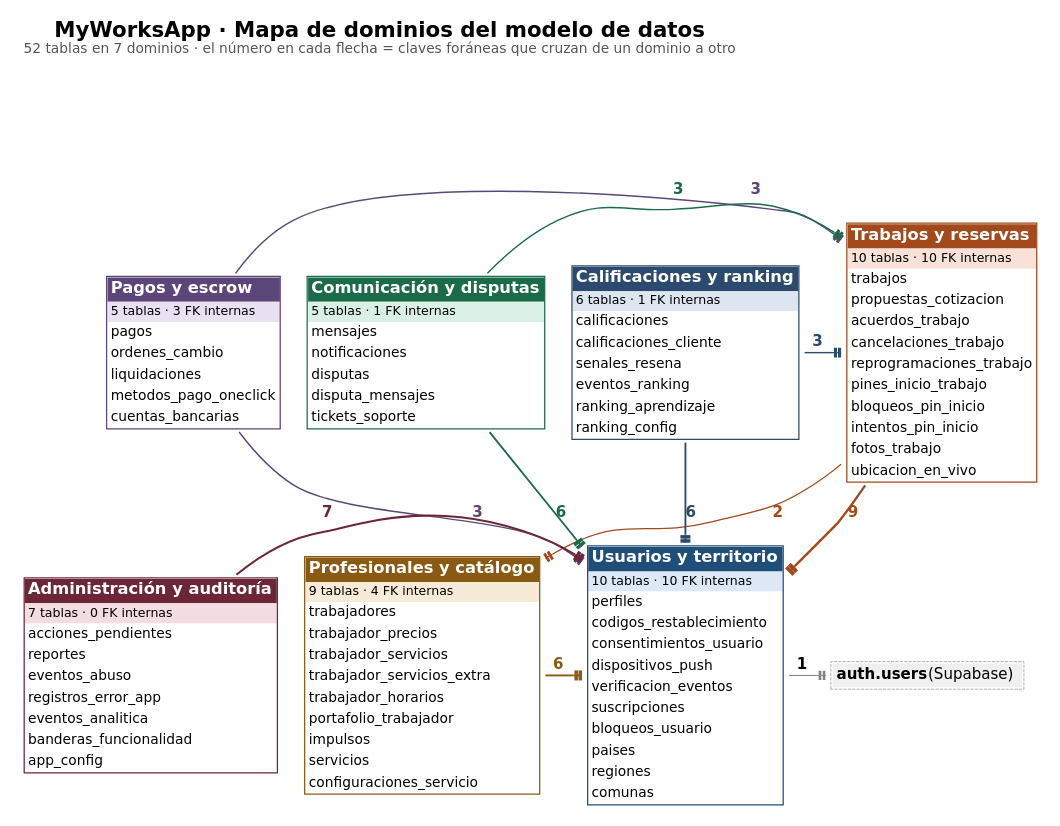
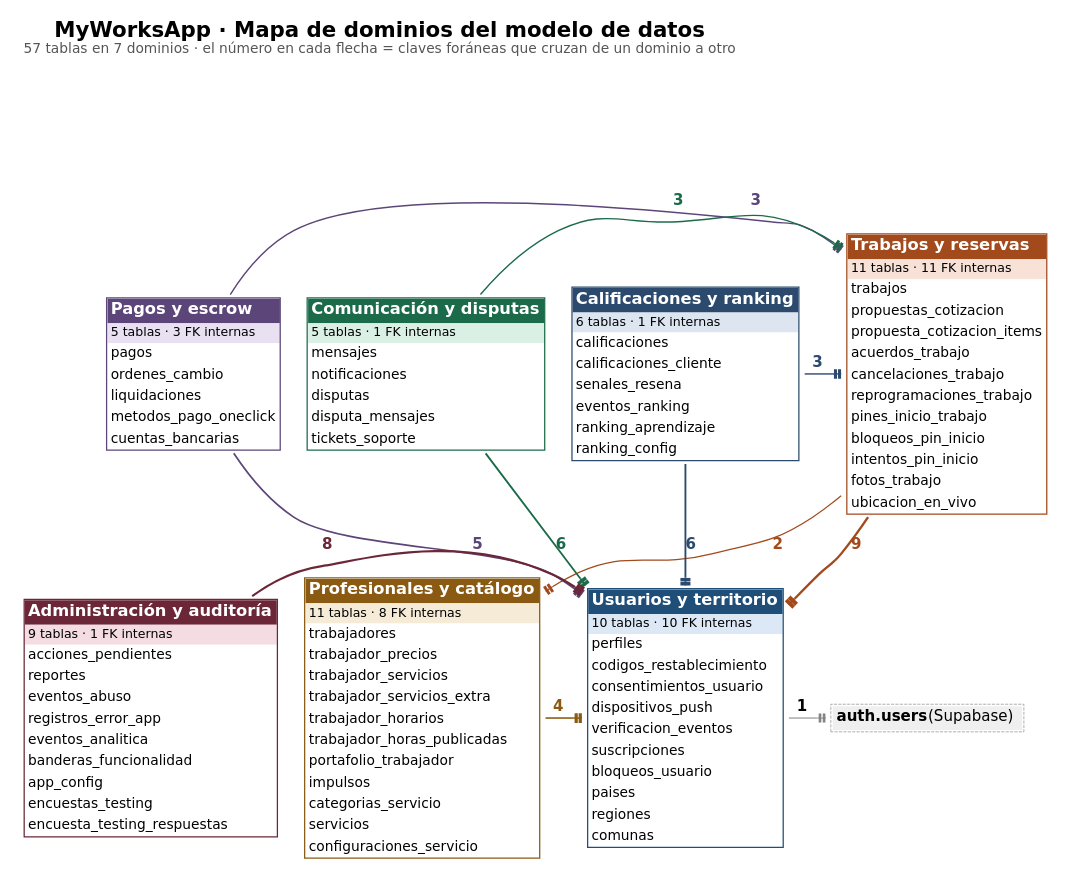
The diagram in Fase 2/modelo_entidad_relacion/fuentes/er_00_dominios.dot (MathiasAlejandr0/MyWorksAppProyect), drawn with Graphviz before and after one commit. The commit also changed 66 other files, not shown here.

First line of the commit message:
docs(bd): modelo de datos de 57 tablas y migraciones alineadas con la base

```diff
--- a/Fase 2/modelo_entidad_relacion/fuentes/er_00_dominios.dot
+++ b/Fase 2/modelo_entidad_relacion/fuentes/er_00_dominios.dot
@@ -4,24 +4,24 @@
 edge [fontname="DejaVu Sans", color="#444444", penwidth="1.6", arrowsize="1.3", dir="both"];
 
 rankdir="TB"; nodesep="0.35"; ranksep="0.9"; concentrate="false"; splines="spline";
-label=<<font point-size="34"><b>MyWorksApp · Mapa de dominios del modelo de datos</b></font><br/><font point-size="22" color="#555555">52 tablas en 7 dominios · el número en cada flecha = claves foráneas que cruzan de un dominio a otro</font>>;
+label=<<font point-size="34"><b>MyWorksApp · Mapa de dominios del modelo de datos</b></font><br/><font point-size="22" color="#555555">57 tablas en 7 dominios · el número en cada flecha = claves foráneas que cruzan de un dominio a otro</font>>;
 "01_usuarios_territorio" [label=<<table border="2" cellborder="0" cellspacing="0" cellpadding="5" color="#1F4E79"><tr><td bgcolor="#1F4E79" align="left"><font color="white" point-size="26"><b>Usuarios y territorio</b></font></td></tr><tr><td bgcolor="#DCE8F5" align="left"><font point-size="20">10 tablas · 10 FK internas</font></td></tr><tr><td align="left" bgcolor="white"><font point-size="22">perfiles</font></td></tr><tr><td align="left" bgcolor="white"><font point-size="22">codigos_restablecimiento</font></td></tr><tr><td align="left" bgcolor="white"><font point-size="22">consentimientos_usuario</font></td></tr><tr><td align="left" bgcolor="white"><font point-size="22">dispositivos_push</font></td></tr><tr><td align="left" bgcolor="white"><font point-size="22">verificacion_eventos</font></td></tr><tr><td align="left" bgcolor="white"><font point-size="22">suscripciones</font></td></tr><tr><td align="left" bgcolor="white"><font point-size="22">bloqueos_usuario</font></td></tr><tr><td align="left" bgcolor="white"><font point-size="22">paises</font></td></tr><tr><td align="left" bgcolor="white"><font point-size="22">regiones</font></td></tr><tr><td align="left" bgcolor="white"><font point-size="22">comunas</font></td></tr></table>>];
-"02_profesionales_catalogo" [label=<<table border="2" cellborder="0" cellspacing="0" cellpadding="5" color="#8A5A12"><tr><td bgcolor="#8A5A12" align="left"><font color="white" point-size="26"><b>Profesionales y catálogo</b></font></td></tr><tr><td bgcolor="#F6EBD6" align="left"><font point-size="20">9 tablas · 4 FK internas</font></td></tr><tr><td align="left" bgcolor="white"><font point-size="22">trabajadores</font></td></tr><tr><td align="left" bgcolor="white"><font point-size="22">trabajador_precios</font></td></tr><tr><td align="left" bgcolor="white"><font point-size="22">trabajador_servicios</font></td></tr><tr><td align="left" bgcolor="white"><font point-size="22">trabajador_servicios_extra</font></td></tr><tr><td align="left" bgcolor="white"><font point-size="22">trabajador_horarios</font></td></tr><tr><td align="left" bgcolor="white"><font point-size="22">portafolio_trabajador</font></td></tr><tr><td align="left" bgcolor="white"><font point-size="22">impulsos</font></td></tr><tr><td align="left" bgcolor="white"><font point-size="22">servicios</font></td></tr><tr><td align="left" bgcolor="white"><font point-size="22">configuraciones_servicio</font></td></tr></table>>];
-"03_trabajos_reservas" [label=<<table border="2" cellborder="0" cellspacing="0" cellpadding="5" color="#A24A1C"><tr><td bgcolor="#A24A1C" align="left"><font color="white" point-size="26"><b>Trabajos y reservas</b></font></td></tr><tr><td bgcolor="#F8E1D6" align="left"><font point-size="20">10 tablas · 10 FK internas</font></td></tr><tr><td align="left" bgcolor="white"><font point-size="22">trabajos</font></td></tr><tr><td align="left" bgcolor="white"><font point-size="22">propuestas_cotizacion</font></td></tr><tr><td align="left" bgcolor="white"><font point-size="22">acuerdos_trabajo</font></td></tr><tr><td align="left" bgcolor="white"><font point-size="22">cancelaciones_trabajo</font></td></tr><tr><td align="left" bgcolor="white"><font point-size="22">reprogramaciones_trabajo</font></td></tr><tr><td align="left" bgcolor="white"><font point-size="22">pines_inicio_trabajo</font></td></tr><tr><td align="left" bgcolor="white"><font point-size="22">bloqueos_pin_inicio</font></td></tr><tr><td align="left" bgcolor="white"><font point-size="22">intentos_pin_inicio</font></td></tr><tr><td align="left" bgcolor="white"><font point-size="22">fotos_trabajo</font></td></tr><tr><td align="left" bgcolor="white"><font point-size="22">ubicacion_en_vivo</font></td></tr></table>>];
+"02_profesionales_catalogo" [label=<<table border="2" cellborder="0" cellspacing="0" cellpadding="5" color="#8A5A12"><tr><td bgcolor="#8A5A12" align="left"><font color="white" point-size="26"><b>Profesionales y catálogo</b></font></td></tr><tr><td bgcolor="#F6EBD6" align="left"><font point-size="20">11 tablas · 8 FK internas</font></td></tr><tr><td align="left" bgcolor="white"><font point-size="22">trabajadores</font></td></tr><tr><td align="left" bgcolor="white"><font point-size="22">trabajador_precios</font></td></tr><tr><td align="left" bgcolor="white"><font point-size="22">trabajador_servicios</font></td></tr><tr><td align="left" bgcolor="white"><font point-size="22">trabajador_servicios_extra</font></td></tr><tr><td align="left" bgcolor="white"><font point-size="22">trabajador_horarios</font></td></tr><tr><td align="left" bgcolor="white"><font point-size="22">trabajador_horas_publicadas</font></td></tr><tr><td align="left" bgcolor="white"><font point-size="22">portafolio_trabajador</font></td></tr><tr><td align="left" bgcolor="white"><font point-size="22">impulsos</font></td></tr><tr><td align="left" bgcolor="white"><font point-size="22">categorias_servicio</font></td></tr><tr><td align="left" bgcolor="white"><font point-size="22">servicios</font></td></tr><tr><td align="left" bgcolor="white"><font point-size="22">configuraciones_servicio</font></td></tr></table>>];
+"03_trabajos_reservas" [label=<<table border="2" cellborder="0" cellspacing="0" cellpadding="5" color="#A24A1C"><tr><td bgcolor="#A24A1C" align="left"><font color="white" point-size="26"><b>Trabajos y reservas</b></font></td></tr><tr><td bgcolor="#F8E1D6" align="left"><font point-size="20">11 tablas · 11 FK internas</font></td></tr><tr><td align="left" bgcolor="white"><font point-size="22">trabajos</font></td></tr><tr><td align="left" bgcolor="white"><font point-size="22">propuestas_cotizacion</font></td></tr><tr><td align="left" bgcolor="white"><font point-size="22">propuesta_cotizacion_items</font></td></tr><tr><td align="left" bgcolor="white"><font point-size="22">acuerdos_trabajo</font></td></tr><tr><td align="left" bgcolor="white"><font point-size="22">cancelaciones_trabajo</font></td></tr><tr><td align="left" bgcolor="white"><font point-size="22">reprogramaciones_trabajo</font></td></tr><tr><td align="left" bgcolor="white"><font point-size="22">pines_inicio_trabajo</font></td></tr><tr><td align="left" bgcolor="white"><font point-size="22">bloqueos_pin_inicio</font></td></tr><tr><td align="left" bgcolor="white"><font point-size="22">intentos_pin_inicio</font></td></tr><tr><td align="left" bgcolor="white"><font point-size="22">fotos_trabajo</font></td></tr><tr><td align="left" bgcolor="white"><font point-size="22">ubicacion_en_vivo</font></td></tr></table>>];
 "04_pagos_escrow" [label=<<table border="2" cellborder="0" cellspacing="0" cellpadding="5" color="#5C4578"><tr><td bgcolor="#5C4578" align="left"><font color="white" point-size="26"><b>Pagos y escrow</b></font></td></tr><tr><td bgcolor="#E9E1F2" align="left"><font point-size="20">5 tablas · 3 FK internas</font></td></tr><tr><td align="left" bgcolor="white"><font point-size="22">pagos</font></td></tr><tr><td align="left" bgcolor="white"><font point-size="22">ordenes_cambio</font></td></tr><tr><td align="left" bgcolor="white"><font point-size="22">liquidaciones</font></td></tr><tr><td align="left" bgcolor="white"><font point-size="22">metodos_pago_oneclick</font></td></tr><tr><td align="left" bgcolor="white"><font point-size="22">cuentas_bancarias</font></td></tr></table>>];
 "05_comunicacion_disputas" [label=<<table border="2" cellborder="0" cellspacing="0" cellpadding="5" color="#1B6B4A"><tr><td bgcolor="#1B6B4A" align="left"><font color="white" point-size="26"><b>Comunicación y disputas</b></font></td></tr><tr><td bgcolor="#DAF0E5" align="left"><font point-size="20">5 tablas · 1 FK internas</font></td></tr><tr><td align="left" bgcolor="white"><font point-size="22">mensajes</font></td></tr><tr><td align="left" bgcolor="white"><font point-size="22">notificaciones</font></td></tr><tr><td align="left" bgcolor="white"><font point-size="22">disputas</font></td></tr><tr><td align="left" bgcolor="white"><font point-size="22">disputa_mensajes</font></td></tr><tr><td align="left" bgcolor="white"><font point-size="22">tickets_soporte</font></td></tr></table>>];
 "06_calificaciones_ranking" [label=<<table border="2" cellborder="0" cellspacing="0" cellpadding="5" color="#2C4A6E"><tr><td bgcolor="#2C4A6E" align="left"><font color="white" point-size="26"><b>Calificaciones y ranking</b></font></td></tr><tr><td bgcolor="#DDE5F0" align="left"><font point-size="20">6 tablas · 1 FK internas</font></td></tr><tr><td align="left" bgcolor="white"><font point-size="22">calificaciones</font></td></tr><tr><td align="left" bgcolor="white"><font point-size="22">calificaciones_cliente</font></td></tr><tr><td align="left" bgcolor="white"><font point-size="22">senales_resena</font></td></tr><tr><td align="left" bgcolor="white"><font point-size="22">eventos_ranking</font></td></tr><tr><td align="left" bgcolor="white"><font point-size="22">ranking_aprendizaje</font></td></tr><tr><td align="left" bgcolor="white"><font point-size="22">ranking_config</font></td></tr></table>>];
-"07_admin_auditoria" [label=<<table border="2" cellborder="0" cellspacing="0" cellpadding="5" color="#6B2737"><tr><td bgcolor="#6B2737" align="left"><font color="white" point-size="26"><b>Administración y auditoría</b></font></td></tr><tr><td bgcolor="#F3DDE2" align="left"><font point-size="20">7 tablas · 0 FK internas</font></td></tr><tr><td align="left" bgcolor="white"><font point-size="22">acciones_pendientes</font></td></tr><tr><td align="left" bgcolor="white"><font point-size="22">reportes</font></td></tr><tr><td align="left" bgcolor="white"><font point-size="22">eventos_abuso</font></td></tr><tr><td align="left" bgcolor="white"><font point-size="22">registros_error_app</font></td></tr><tr><td align="left" bgcolor="white"><font point-size="22">eventos_analitica</font></td></tr><tr><td align="left" bgcolor="white"><font point-size="22">banderas_funcionalidad</font></td></tr><tr><td align="left" bgcolor="white"><font point-size="22">app_config</font></td></tr></table>>];
-"02_profesionales_catalogo" -> "01_usuarios_territorio" [label=<<font point-size="24"><b> 6 </b></font>>, dir="forward", arrowhead="teetee", arrowtail="none", color="#8A5A12", fontcolor="#8A5A12", penwidth="3.00"];
+"07_admin_auditoria" [label=<<table border="2" cellborder="0" cellspacing="0" cellpadding="5" color="#6B2737"><tr><td bgcolor="#6B2737" align="left"><font color="white" point-size="26"><b>Administración y auditoría</b></font></td></tr><tr><td bgcolor="#F3DDE2" align="left"><font point-size="20">9 tablas · 1 FK internas</font></td></tr><tr><td align="left" bgcolor="white"><font point-size="22">acciones_pendientes</font></td></tr><tr><td align="left" bgcolor="white"><font point-size="22">reportes</font></td></tr><tr><td align="left" bgcolor="white"><font point-size="22">eventos_abuso</font></td></tr><tr><td align="left" bgcolor="white"><font point-size="22">registros_error_app</font></td></tr><tr><td align="left" bgcolor="white"><font point-size="22">eventos_analitica</font></td></tr><tr><td align="left" bgcolor="white"><font point-size="22">banderas_funcionalidad</font></td></tr><tr><td align="left" bgcolor="white"><font point-size="22">app_config</font></td></tr><tr><td align="left" bgcolor="white"><font point-size="22">encuestas_testing</font></td></tr><tr><td align="left" bgcolor="white"><font point-size="22">encuesta_testing_respuestas</font></td></tr></table>>];
+"02_profesionales_catalogo" -> "01_usuarios_territorio" [label=<<font point-size="24"><b> 4 </b></font>>, dir="forward", arrowhead="teetee", arrowtail="none", color="#8A5A12", fontcolor="#8A5A12", penwidth="2.50"];
 "03_trabajos_reservas" -> "01_usuarios_territorio" [label=<<font point-size="24"><b> 9 </b></font>>, dir="forward", arrowhead="teetee", arrowtail="none", color="#A24A1C", fontcolor="#A24A1C", penwidth="3.75"];
 "03_trabajos_reservas" -> "02_profesionales_catalogo" [label=<<font point-size="24"><b> 2 </b></font>>, dir="forward", arrowhead="teetee", arrowtail="none", color="#A24A1C", fontcolor="#A24A1C", penwidth="2.00"];
-"04_pagos_escrow" -> "01_usuarios_territorio" [label=<<font point-size="24"><b> 3 </b></font>>, dir="forward", arrowhead="teetee", arrowtail="none", color="#5C4578", fontcolor="#5C4578", penwidth="2.25"];
+"04_pagos_escrow" -> "01_usuarios_territorio" [label=<<font point-size="24"><b> 5 </b></font>>, dir="forward", arrowhead="teetee", arrowtail="none", color="#5C4578", fontcolor="#5C4578", penwidth="2.75"];
 "04_pagos_escrow" -> "03_trabajos_reservas" [label=<<font point-size="24"><b> 3 </b></font>>, dir="forward", arrowhead="teetee", arrowtail="none", color="#5C4578", fontcolor="#5C4578", penwidth="2.25"];
 "05_comunicacion_disputas" -> "01_usuarios_territorio" [label=<<font point-size="24"><b> 6 </b></font>>, dir="forward", arrowhead="teetee", arrowtail="none", color="#1B6B4A", fontcolor="#1B6B4A", penwidth="3.00"];
 "05_comunicacion_disputas" -> "03_trabajos_reservas" [label=<<font point-size="24"><b> 3 </b></font>>, dir="forward", arrowhead="teetee", arrowtail="none", color="#1B6B4A", fontcolor="#1B6B4A", penwidth="2.25"];
 "06_calificaciones_ranking" -> "01_usuarios_territorio" [label=<<font point-size="24"><b> 6 </b></font>>, dir="forward", arrowhead="teetee", arrowtail="none", color="#2C4A6E", fontcolor="#2C4A6E", penwidth="3.00"];
 "06_calificaciones_ranking" -> "03_trabajos_reservas" [label=<<font point-size="24"><b> 3 </b></font>>, dir="forward", arrowhead="teetee", arrowtail="none", color="#2C4A6E", fontcolor="#2C4A6E", penwidth="2.25"];
-"07_admin_auditoria" -> "01_usuarios_territorio" [label=<<font point-size="24"><b> 7 </b></font>>, dir="forward", arrowhead="teetee", arrowtail="none", color="#6B2737", fontcolor="#6B2737", penwidth="3.25"];
+"07_admin_auditoria" -> "01_usuarios_territorio" [label=<<font point-size="24"><b> 8 </b></font>>, dir="forward", arrowhead="teetee", arrowtail="none", color="#6B2737", fontcolor="#6B2737", penwidth="3.50"];
 auth [label=<<table border="1" cellborder="0" cellpadding="6" color="#7F7F7F" style="dashed"><tr><td bgcolor="#EFEFEF"><font point-size="24"><b>auth.users</b> (Supabase)</font></td></tr></table>>];
 {rank="same"; "04_pagos_escrow"; "03_trabajos_reservas"; "05_comunicacion_disputas"; "06_calificaciones_ranking";}
 {rank="same"; "07_admin_auditoria"; "01_usuarios_territorio"; "02_profesionales_catalogo"; auth;}
```
